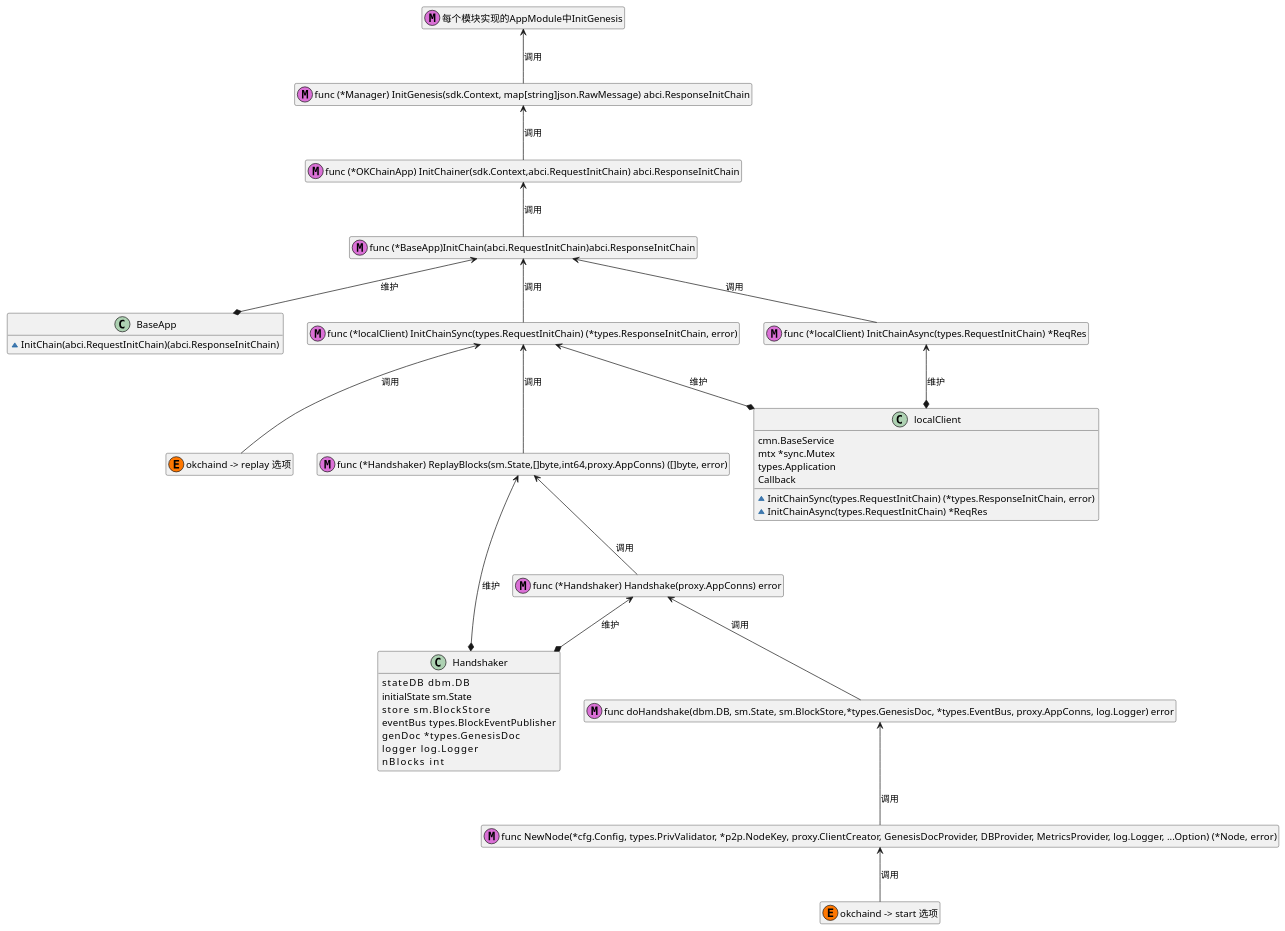
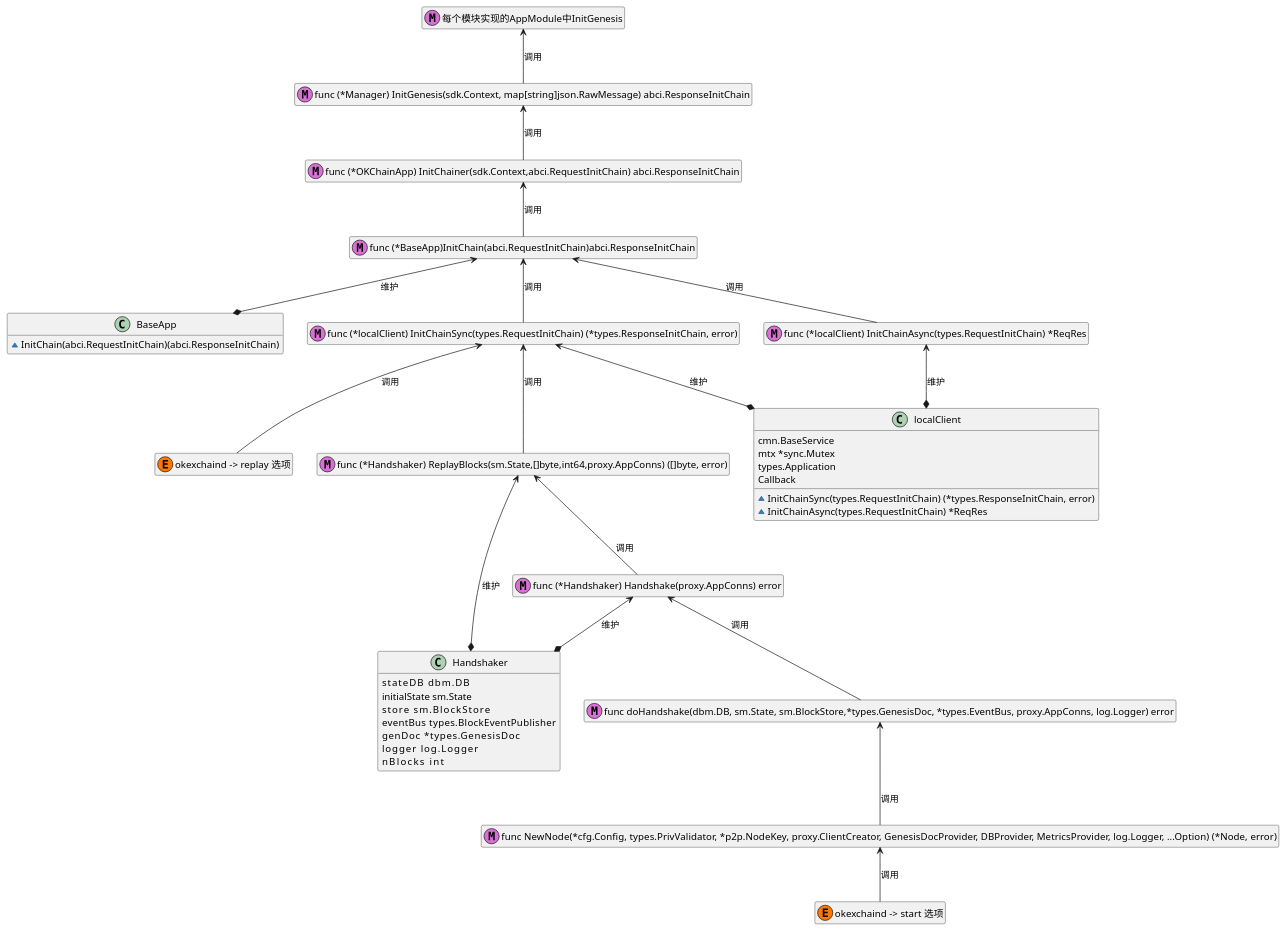
Before and after one commit to okx/exchain: the diagram in x/upgrade/doc/genesis.puml, drawn with PlantUML. The commit also changed 59 other files, not shown here.

```diff
--- a/x/upgrade/doc/genesis.puml
+++ b/x/upgrade/doc/genesis.puml
@@ -1,66 +1,66 @@
 @startuml
 hide empty members
 class BaseApp{
     ~InitChain(abci.RequestInitChain)(abci.ResponseInitChain)
 }
 
 class "func (*BaseApp)InitChain(abci.RequestInitChain)abci.ResponseInitChain" as M1 << (M,orchid) >>
 
 class "func (*OKChainApp) InitChainer(sdk.Context,abci.RequestInitChain) abci.ResponseInitChain" as M2 << (M,orchid) >>
 
 class "func (*Manager) InitGenesis(sdk.Context, map[string]json.RawMessage) abci.ResponseInitChain" as M3 << (M,orchid) >>
 
 class "每个模块实现的AppModule中InitGenesis" as M4 << (M,orchid) >>
 
 class localClient{
 cmn.BaseService
 mtx *sync.Mutex
 types.Application
 Callback
 ~InitChainSync(types.RequestInitChain) (*types.ResponseInitChain, error)
 ~InitChainAsync(types.RequestInitChain) *ReqRes
 }
 
 class "func (*localClient) InitChainSync(types.RequestInitChain) (*types.ResponseInitChain, error)" as M5 << (M,orchid) >>
 class "func (*localClient) InitChainAsync(types.RequestInitChain) *ReqRes" as M6 << (M,orchid) >>
 
-class "okchaind -> replay 选项" as M7 << (E,#FF7700) >>
+class "okexchaind -> replay 选项" as M7 << (E,#FF7700) >>
 
 class Handshaker {
 stateDB      dbm.DB
 initialState sm.State
 store        sm.BlockStore
 eventBus     types.BlockEventPublisher
 genDoc       *types.GenesisDoc
 logger       log.Logger
 nBlocks      int
 }
 
 class "func (*Handshaker) ReplayBlocks(sm.State,[]byte,int64,proxy.AppConns) ([]byte, error)" as M8 << (M,orchid) >>
 class "func (*Handshaker) Handshake(proxy.AppConns) error" as M9 << (M,orchid) >>
 
 class "func doHandshake(dbm.DB, sm.State, sm.BlockStore,*types.GenesisDoc, *types.EventBus, proxy.AppConns, log.Logger) error" as M10 << (M,orchid) >>
 class "func NewNode(*cfg.Config, types.PrivValidator, *p2p.NodeKey, proxy.ClientCreator, GenesisDocProvider, DBProvider, MetricsProvider, log.Logger, ...Option) (*Node, error)" as M11 << (M,orchid) >>
 
-class "okchaind -> start 选项" as M12 << (E,#FF7700) >>
+class "okexchaind -> start 选项" as M12 << (E,#FF7700) >>
 M1 <--* BaseApp:维护
 M2 <-- M1:调用
 M3 <-- M2:调用
 M4 <-- M3:调用
 
 M5 <--* localClient:维护
 M6 <--* localClient:维护
 
 M1 <-- M5:调用
 M1 <-- M6:调用
 
 M5 <-- M7:调用
 
 M8 <--* Handshaker:维护
 M9 <--* Handshaker:维护
 M5 <-- M8:调用
 M8 <-- M9:调用
 M9 <-- M10:调用
 M10 <-- M11:调用
 M11 <-- M12:调用
 @enduml
```
